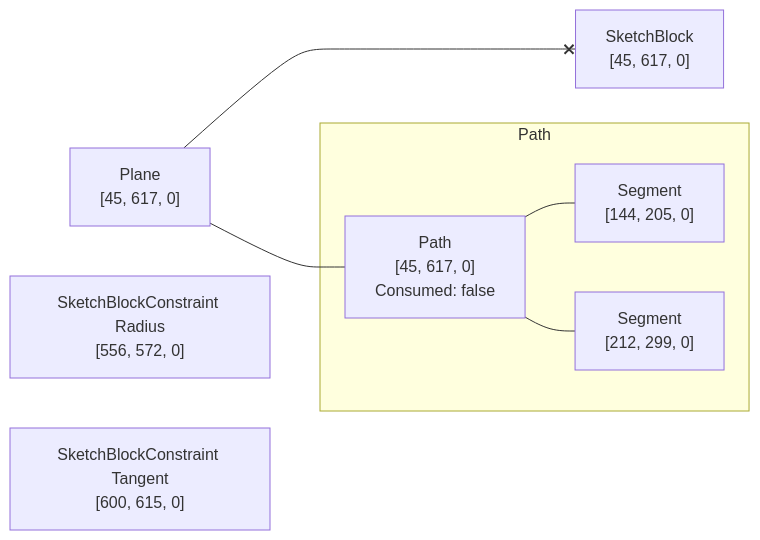
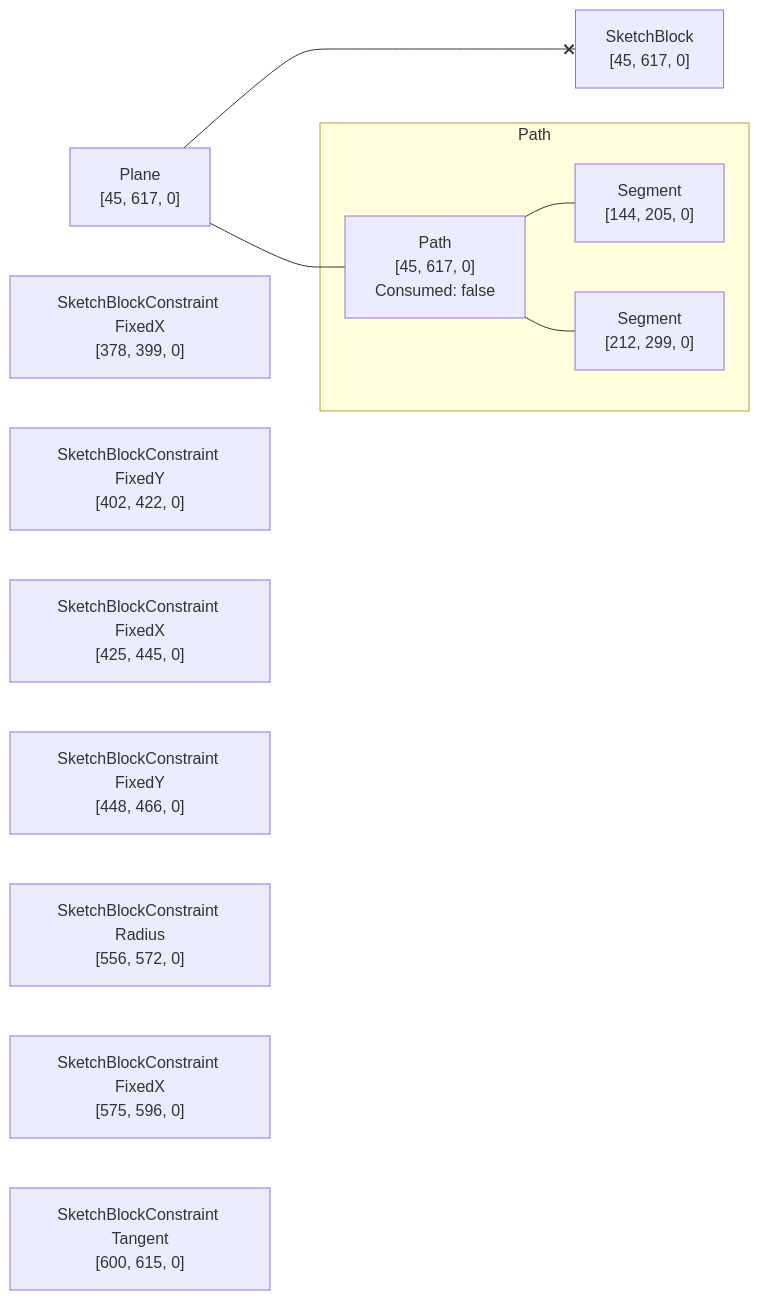
Before and after one commit to KittyCAD/modeling-app: the diagram in rust/kcl-lib/tests/tangent_line_arc_reversed_line/artifact_graph_flowchart.snap.md, drawn with Mermaid. The commit also changed 25 other files, not shown here.

````diff
--- a/rust/kcl-lib/tests/tangent_line_arc_reversed_line/artifact_graph_flowchart.snap.md
+++ b/rust/kcl-lib/tests/tangent_line_arc_reversed_line/artifact_graph_flowchart.snap.md
@@ -1,23 +1,33 @@
 ```mermaid
 flowchart LR
   subgraph path2 [Path]
     2["Path<br>[45, 617, 0]<br>Consumed: false"]
       %% [ProgramBodyItem { index: 0 }, VariableDeclarationDeclaration, VariableDeclarationInit, SketchBlock]
     3["Segment<br>[144, 205, 0]"]
       %% [ProgramBodyItem { index: 0 }, VariableDeclarationDeclaration, VariableDeclarationInit, SketchBlock]
     4["Segment<br>[212, 299, 0]"]
       %% [ProgramBodyItem { index: 0 }, VariableDeclarationDeclaration, VariableDeclarationInit, SketchBlock]
   end
   1["Plane<br>[45, 617, 0]"]
     %% [ProgramBodyItem { index: 0 }, VariableDeclarationDeclaration, VariableDeclarationInit, SketchBlock]
   5["SketchBlock<br>[45, 617, 0]"]
     %% [ProgramBodyItem { index: 0 }, VariableDeclarationDeclaration, VariableDeclarationInit, SketchBlock]
-  6["SketchBlockConstraint Radius<br>[556, 572, 0]"]
+  6["SketchBlockConstraint FixedX<br>[378, 399, 0]"]
     %% [ProgramBodyItem { index: 0 }, VariableDeclarationDeclaration, VariableDeclarationInit, SketchBlock]
-  7["SketchBlockConstraint Tangent<br>[600, 615, 0]"]
+  7["SketchBlockConstraint FixedY<br>[402, 422, 0]"]
+    %% [ProgramBodyItem { index: 0 }, VariableDeclarationDeclaration, VariableDeclarationInit, SketchBlock]
+  8["SketchBlockConstraint FixedX<br>[425, 445, 0]"]
+    %% [ProgramBodyItem { index: 0 }, VariableDeclarationDeclaration, VariableDeclarationInit, SketchBlock]
+  9["SketchBlockConstraint FixedY<br>[448, 466, 0]"]
+    %% [ProgramBodyItem { index: 0 }, VariableDeclarationDeclaration, VariableDeclarationInit, SketchBlock]
+  10["SketchBlockConstraint Radius<br>[556, 572, 0]"]
+    %% [ProgramBodyItem { index: 0 }, VariableDeclarationDeclaration, VariableDeclarationInit, SketchBlock]
+  11["SketchBlockConstraint FixedX<br>[575, 596, 0]"]
+    %% [ProgramBodyItem { index: 0 }, VariableDeclarationDeclaration, VariableDeclarationInit, SketchBlock]
+  12["SketchBlockConstraint Tangent<br>[600, 615, 0]"]
     %% [ProgramBodyItem { index: 0 }, VariableDeclarationDeclaration, VariableDeclarationInit, SketchBlock]
   1 --- 2
   1 <--x 5
   2 --- 3
   2 --- 4
 ```
````
